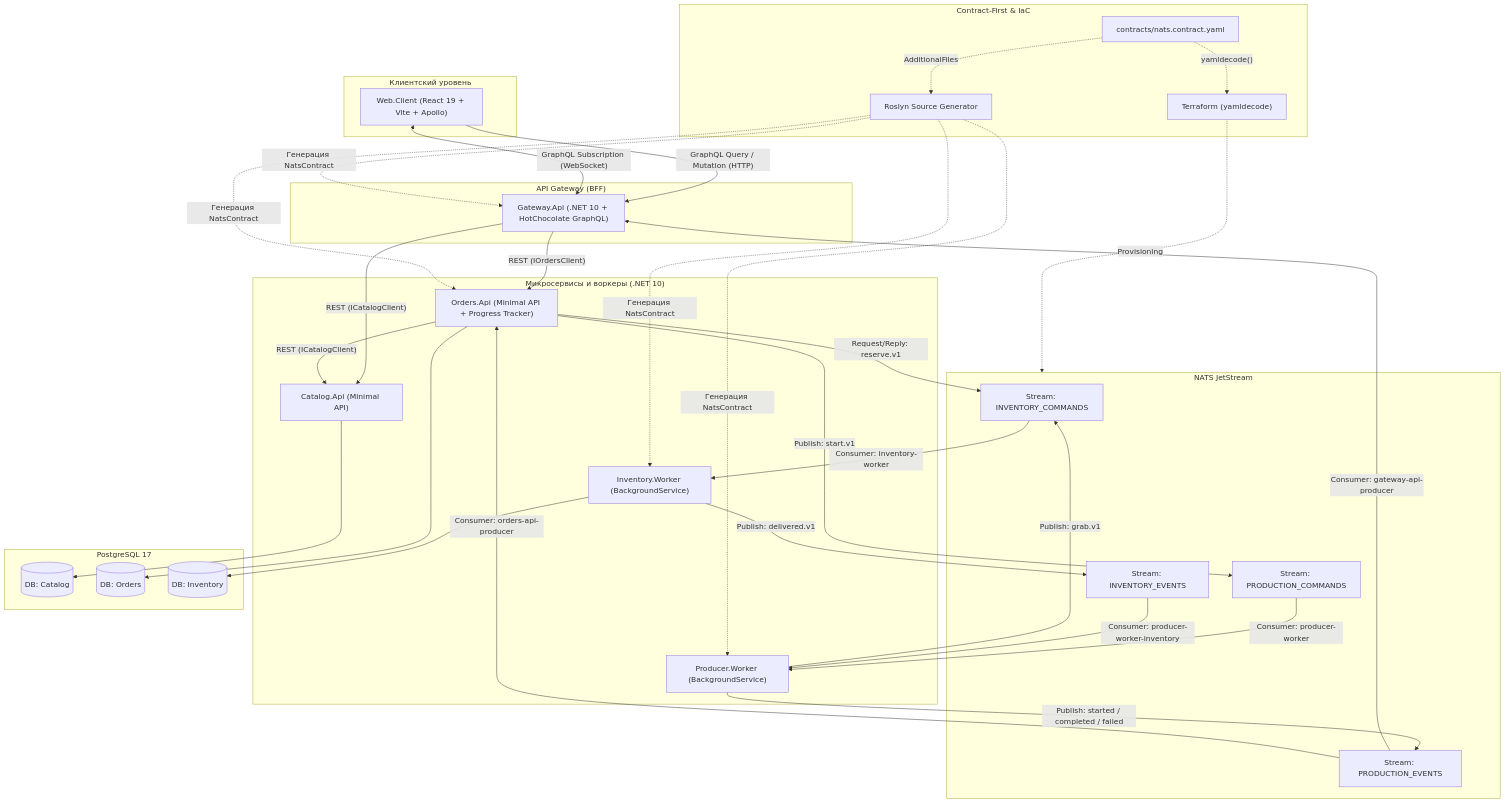
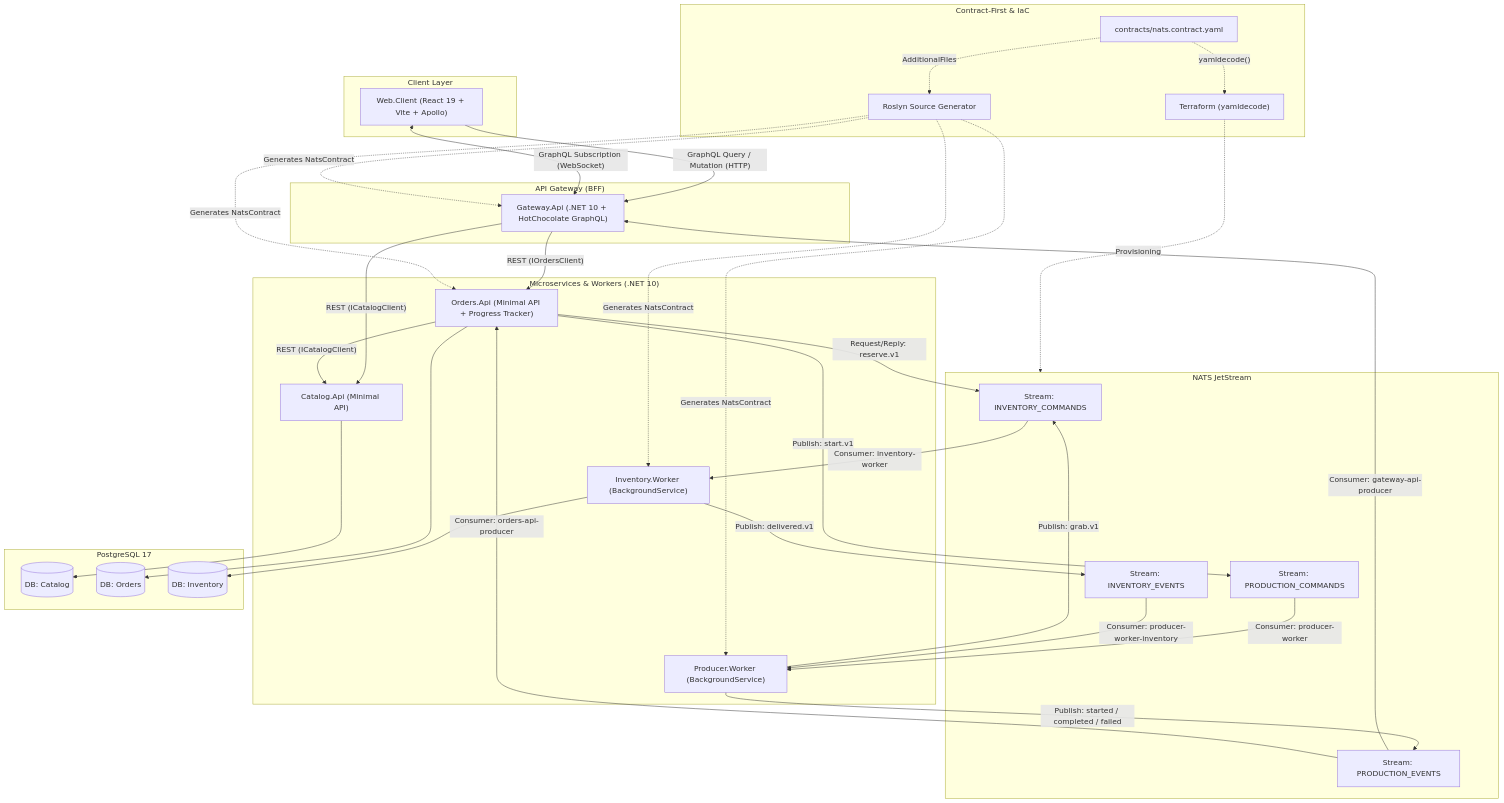
Before and after one commit to Stalis/manufacturing-platform: the first of 3 diagrams in README.md, drawn with Mermaid. The commit also changed other lines of this file, not shown here.

````diff
--- a/README.md
+++ b/README.md
@@ -15,68 +15,68 @@
 ```mermaid
 flowchart TB
-    subgraph Client["Клиентский уровень"]
+    subgraph Client["Client Layer"]
         UI["Web.Client (React 19 + Vite + Apollo)"]
     end
 
     subgraph BFF["API Gateway (BFF)"]
         GW["Gateway.Api (.NET 10 + HotChocolate GraphQL)"]
     end
 
-    subgraph Services["Микросервисы и воркеры (.NET 10)"]
+    subgraph Services["Microservices & Workers (.NET 10)"]
         CAT["Catalog.Api (Minimal API)"]
         ORD["Orders.Api (Minimal API + Progress Tracker)"]
         INV["Inventory.Worker (BackgroundService)"]
         PROD["Producer.Worker (BackgroundService)"]
     end
 
     subgraph Messaging["NATS JetStream"]
         JS_IC["Stream: INVENTORY_COMMANDS"]
         JS_IE["Stream: INVENTORY_EVENTS"]
         JS_PC["Stream: PRODUCTION_COMMANDS"]
         JS_PE["Stream: PRODUCTION_EVENTS"]
     end
 
     subgraph Storage["PostgreSQL 17"]
         DB_CAT[("DB: Catalog")]
         DB_ORD[("DB: Orders")]
         DB_INV[("DB: Inventory")]
     end
 
     subgraph Tooling["Contract-First & IaC"]
         YAML["contracts/nats.contract.yaml"]
         GEN["Roslyn Source Generator"]
         TF["Terraform (yamldecode)"]
     end
 
     UI -- "GraphQL Query / Mutation (HTTP)" --> GW
     UI <-- "GraphQL Subscription (WebSocket)" --> GW
 
     GW -- "REST (ICatalogClient)" --> CAT
     GW -- "REST (IOrdersClient)" --> ORD
     JS_PE -- "Consumer: gateway-api-producer" --> GW
 
     ORD -- "REST (ICatalogClient)" --> CAT
     ORD -- "Request/Reply: reserve.v1" --> JS_IC
     ORD -- "Publish: start.v1" --> JS_PC
     JS_PE -- "Consumer: orders-api-producer" --> ORD
 
     JS_IC -- "Consumer: inventory-worker" --> INV
     INV -- "Publish: delivered.v1" --> JS_IE
 
     JS_PC -- "Consumer: producer-worker" --> PROD
     PROD -- "Publish: grab.v1" --> JS_IC
     JS_IE -- "Consumer: producer-worker-inventory" --> PROD
     PROD -- "Publish: started / completed / failed" --> JS_PE
 
     CAT --> DB_CAT
     ORD --> DB_ORD
     INV --> DB_INV
 
     YAML -. "AdditionalFiles" .-> GEN
-    GEN -. "Генерация NatsContract" .-> ORD
-    GEN -. "Генерация NatsContract" .-> INV
-    GEN -. "Генерация NatsContract" .-> PROD
-    GEN -. "Генерация NatsContract" .-> GW
+    GEN -. "Generates NatsContract" .-> ORD
+    GEN -. "Generates NatsContract" .-> INV
+    GEN -. "Generates NatsContract" .-> PROD
+    GEN -. "Generates NatsContract" .-> GW
     YAML -. "yamldecode()" .-> TF
     TF -. "Provisioning" .-> Messaging
 ```
````
